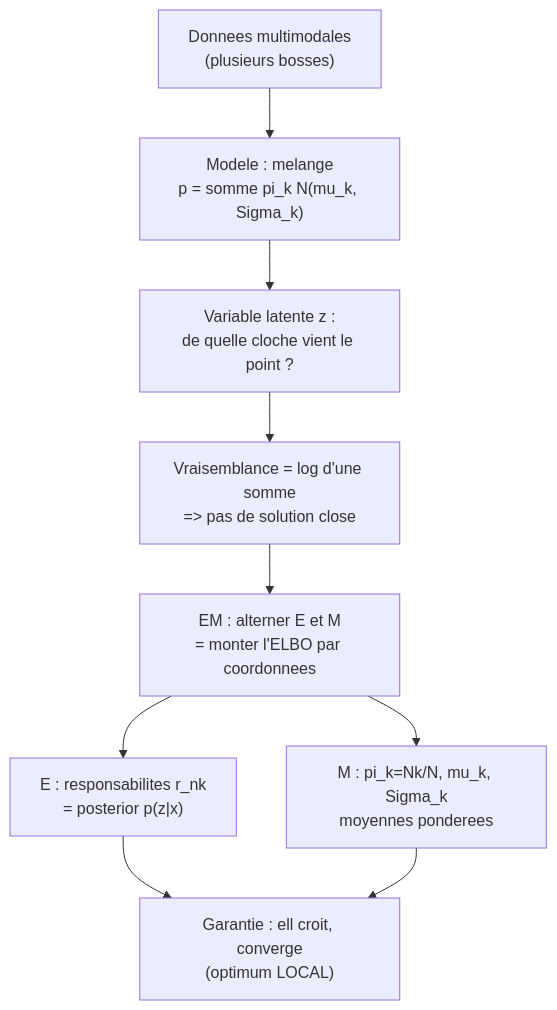
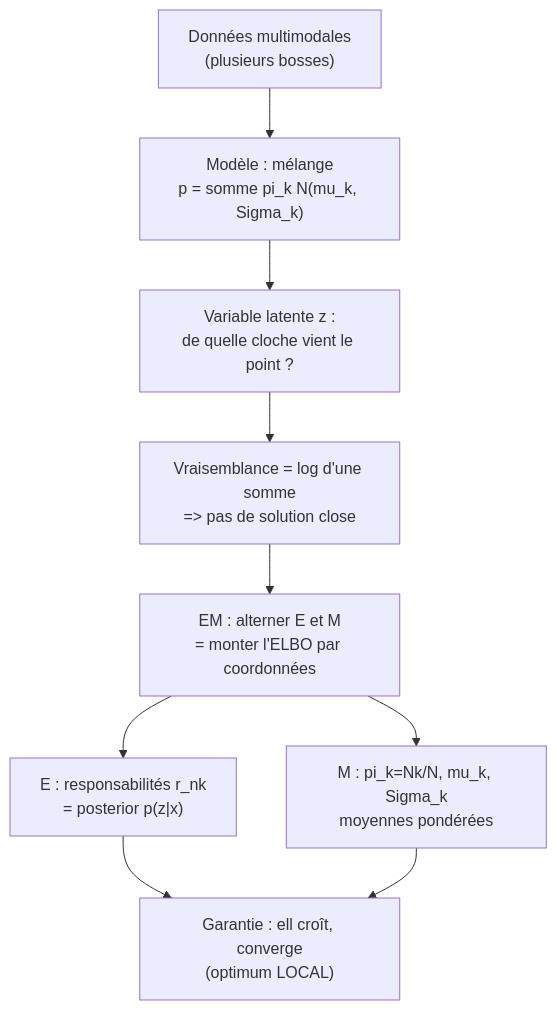
One commit to tanguychenier/Mathematiques-pour-le-Machine-Learning changed the fifth of 5 diagrams in chapitres/11-melanges-gaussiens.md. Above: the diagram before and after it, drawn with Mermaid. The commit also changed other lines of this file and 7 other files, not shown here.

````diff
--- a/chapitres/11-melanges-gaussiens.md
+++ b/chapitres/11-melanges-gaussiens.md
@@ -599,11 +599,11 @@
 ```mermaid
 flowchart TD
-    A["Donnees multimodales<br/>(plusieurs bosses)"] --> B["Modele : melange<br/>p = somme pi_k N(mu_k, Sigma_k)"]
+    A["Données multimodales<br/>(plusieurs bosses)"] --> B["Modèle : mélange<br/>p = somme pi_k N(mu_k, Sigma_k)"]
     B --> C["Variable latente z :<br/>de quelle cloche vient le point ?"]
     C --> D["Vraisemblance = log d'une somme<br/>=> pas de solution close"]
-    D --> E["EM : alterner E et M<br/>= monter l'ELBO par coordonnees"]
-    E --> F["E : responsabilites r_nk<br/>= posterior p(z|x)"]
-    E --> G["M : pi_k=Nk/N, mu_k, Sigma_k<br/>moyennes ponderees"]
-    F --> H["Garantie : ell croit, converge<br/>(optimum LOCAL)"]
+    D --> E["EM : alterner E et M<br/>= monter l'ELBO par coordonnées"]
+    E --> F["E : responsabilités r_nk<br/>= posterior p(z|x)"]
+    E --> G["M : pi_k=Nk/N, mu_k, Sigma_k<br/>moyennes pondérées"]
+    F --> H["Garantie : ell croît, converge<br/>(optimum LOCAL)"]
     G --> H
 ```
````
